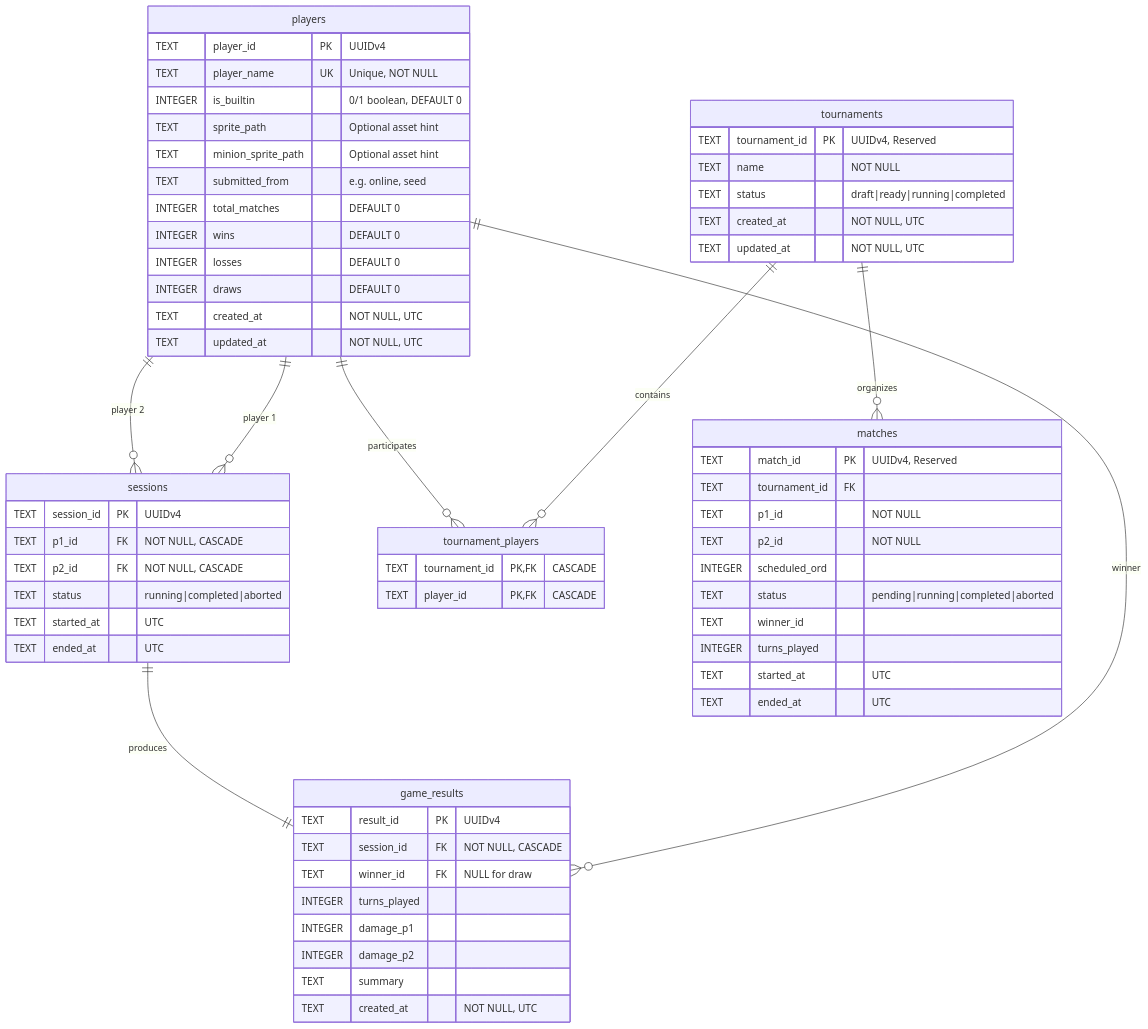
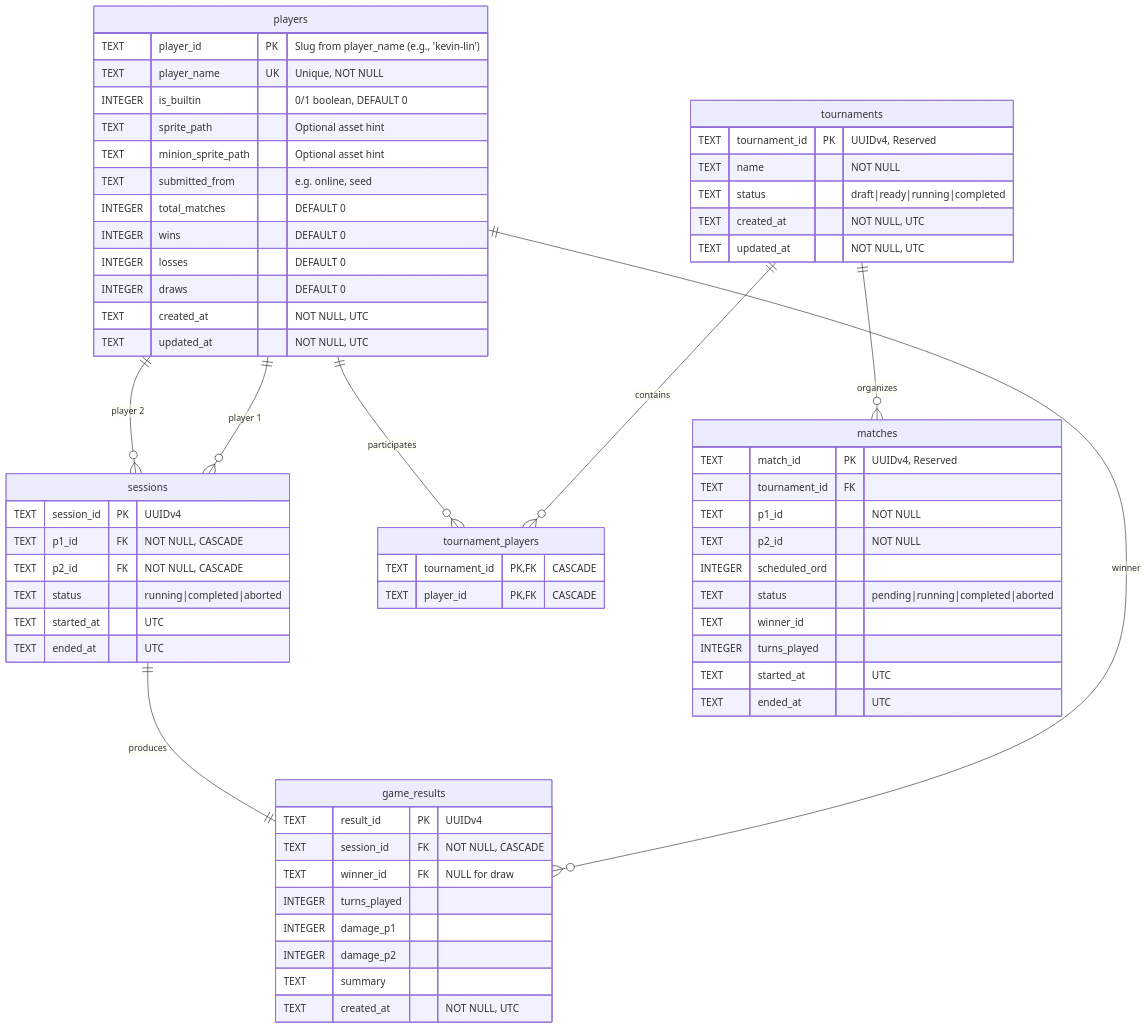
One commit to swex-camp2024-copilot/swex-camp-spellcaster changed the first of 3 diagrams in docs/specs/spellcasters-functional-spec.md. Above: the diagram before and after it, drawn with Mermaid. The commit also changed other lines of this file and 6 other files, not shown here.

Commit message:
Change the player ID generation logic from UUID to slug from player name

````diff
--- a/docs/specs/spellcasters-functional-spec.md
+++ b/docs/specs/spellcasters-functional-spec.md
@@ -68,71 +68,71 @@
 ```mermaid
 erDiagram
     players ||--o{ sessions : "player 1"
     players ||--o{ sessions : "player 2"
     players ||--o{ game_results : "winner"
     sessions ||--|| game_results : "produces"
     tournaments ||--o{ tournament_players : "contains"
     players ||--o{ tournament_players : "participates"
     tournaments ||--o{ matches : "organizes"
     
     players {
-        TEXT player_id PK "UUIDv4"
+        TEXT player_id PK "Slug from player_name (e.g., 'kevin-lin')"
         TEXT player_name UK "Unique, NOT NULL"
         INTEGER is_builtin "0/1 boolean, DEFAULT 0"
         TEXT sprite_path "Optional asset hint"
         TEXT minion_sprite_path "Optional asset hint"
         TEXT submitted_from "e.g. online, seed"
         INTEGER total_matches "DEFAULT 0"
         INTEGER wins "DEFAULT 0"
         INTEGER losses "DEFAULT 0"
         INTEGER draws "DEFAULT 0"
         TEXT created_at "NOT NULL, UTC"
         TEXT updated_at "NOT NULL, UTC"
     }
     
     sessions {
         TEXT session_id PK "UUIDv4"
         TEXT p1_id FK "NOT NULL, CASCADE"
         TEXT p2_id FK "NOT NULL, CASCADE"
         TEXT status "running|completed|aborted"
         TEXT started_at "UTC"
         TEXT ended_at "UTC"
     }
     
     game_results {
         TEXT result_id PK "UUIDv4"
         TEXT session_id FK "NOT NULL, CASCADE"
         TEXT winner_id FK "NULL for draw"
         INTEGER turns_played
         INTEGER damage_p1
         INTEGER damage_p2
         TEXT summary
         TEXT created_at "NOT NULL, UTC"
     }
     
     tournaments {
         TEXT tournament_id PK "UUIDv4, Reserved"
         TEXT name "NOT NULL"
         TEXT status "draft|ready|running|completed"
         TEXT created_at "NOT NULL, UTC"
         TEXT updated_at "NOT NULL, UTC"
     }
     
     tournament_players {
         TEXT tournament_id PK,FK "CASCADE"
         TEXT player_id PK,FK "CASCADE"
     }
     
     matches {
         TEXT match_id PK "UUIDv4, Reserved"
         TEXT tournament_id FK
         TEXT p1_id "NOT NULL"
         TEXT p2_id "NOT NULL"
         INTEGER scheduled_ord
         TEXT status "pending|running|completed|aborted"
         TEXT winner_id
         INTEGER turns_played
         TEXT started_at "UTC"
         TEXT ended_at "UTC"
     }
 ```
````
